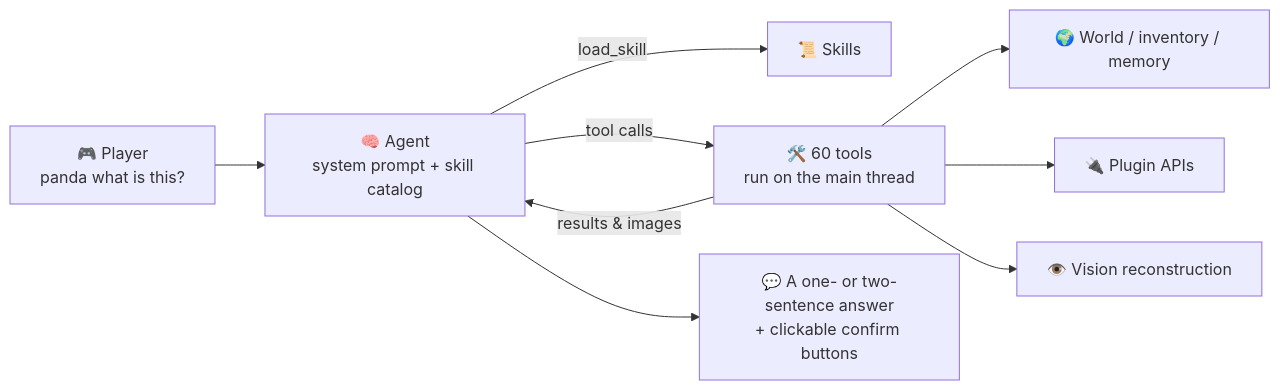
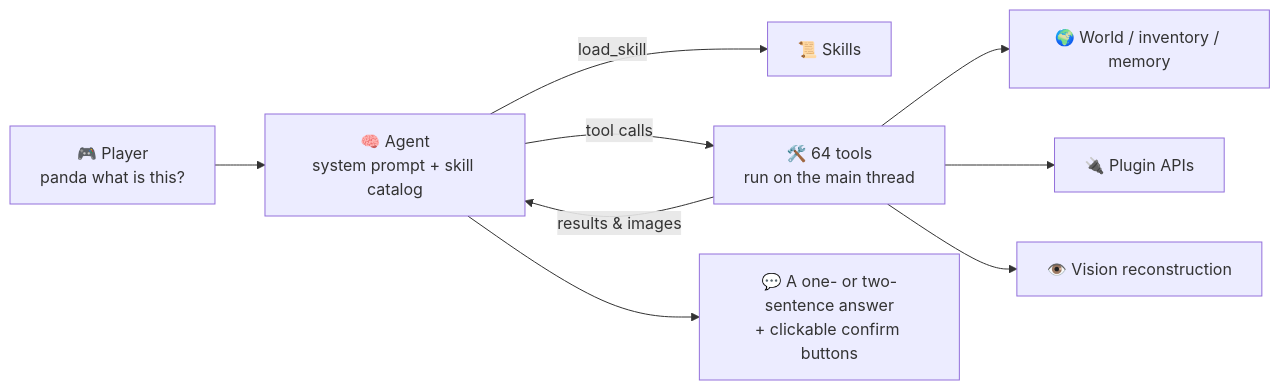
The diagram in docs/wiki/en/Home.md (obsidianplusplus/PandaGPT), drawn with Mermaid before and after one commit. The commit also changed other lines of this file and 41 other files, not shown here.

````diff
--- a/docs/wiki/en/Home.md
+++ b/docs/wiki/en/Home.md
@@ -61,11 +64,11 @@
 ```mermaid
 flowchart LR
     P["🎮 Player<br/>panda what is this?"] --> A["🧠 Agent<br/>system prompt + skill catalog"]
     A -->|load_skill| S["📜 Skills"]
-    A -->|tool calls| T["🛠️ 60 tools<br/>run on the main thread"]
+    A -->|tool calls| T["🛠️ 64 tools<br/>run on the main thread"]
     T --> W["🌍 World / inventory / memory"]
     T --> I["🔌 Plugin APIs"]
     T --> V["👁️ Vision reconstruction"]
     T -->|results & images| A
     A --> R["💬 A one- or two-sentence answer<br/>+ clickable confirm buttons"]
 ```
````
